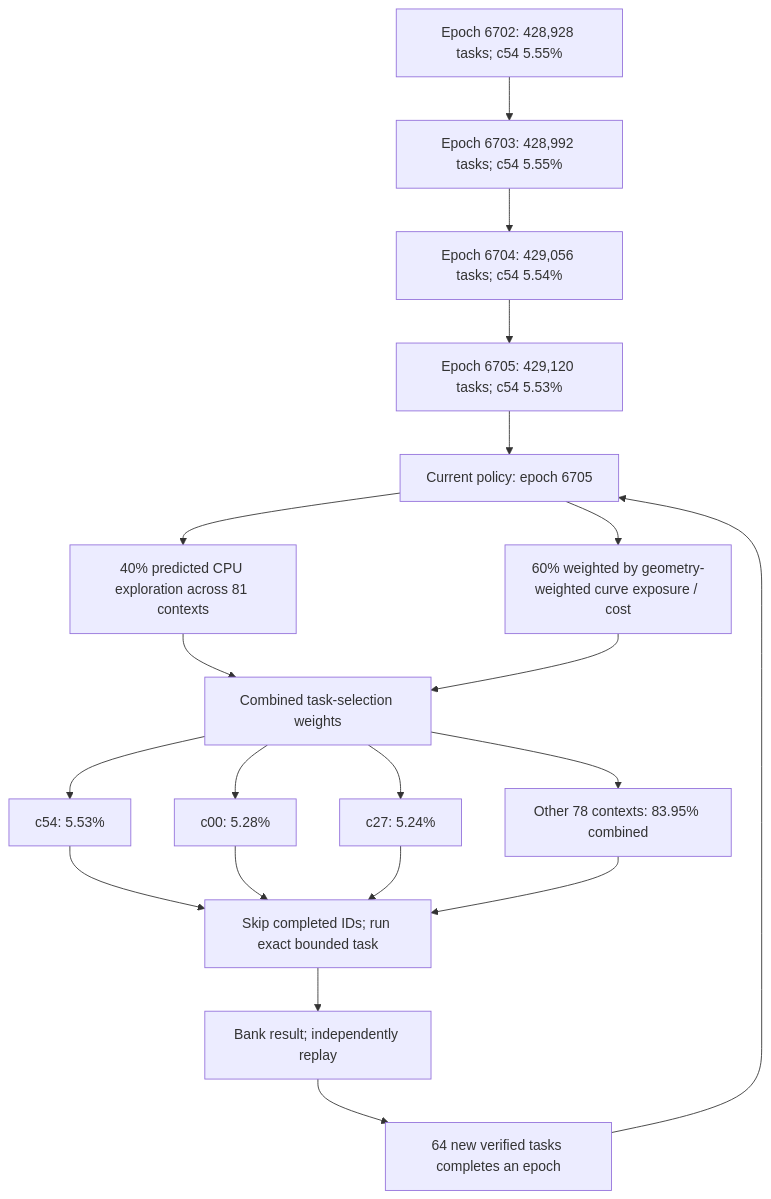
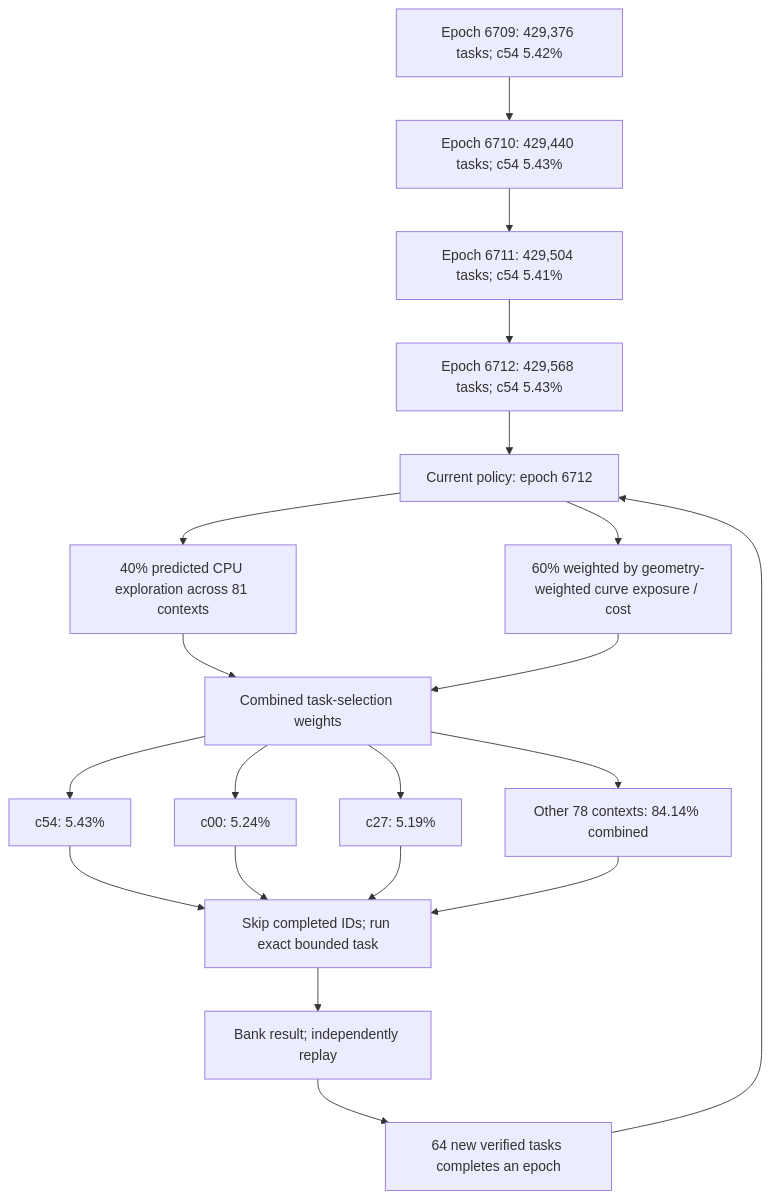
The first of 4 diagrams in README.md (Kuberwastaken/math-gambling), drawn with Mermaid before and after one commit. The commit also changed other lines of this file and 1501 other files, not shown here.

````diff
--- a/README.md
+++ b/README.md
@@ -60,27 +60,27 @@
 ```mermaid
 flowchart TD
-    H0["Epoch 6702: 428,928 tasks; c54 5.55%"]
-    H1["Epoch 6703: 428,992 tasks; c54 5.55%"]
+    H0["Epoch 6709: 429,376 tasks; c54 5.42%"]
+    H1["Epoch 6710: 429,440 tasks; c54 5.43%"]
     H0 --> H1
-    H2["Epoch 6704: 429,056 tasks; c54 5.54%"]
+    H2["Epoch 6711: 429,504 tasks; c54 5.41%"]
     H1 --> H2
-    H3["Epoch 6705: 429,120 tasks; c54 5.53%"]
+    H3["Epoch 6712: 429,568 tasks; c54 5.43%"]
     H2 --> H3
-    Policy["Current policy: epoch 6705"]
+    Policy["Current policy: epoch 6712"]
     H3 --> Policy
     Policy --> Explore["40% predicted CPU exploration across 81 contexts"]
     Policy --> Cost["60% weighted by geometry-weighted curve exposure / cost"]
     Explore --> Mix["Combined task-selection weights"]
     Cost --> Mix
-    Mix --> C0["c54: 5.53%"]
-    Mix --> C1["c00: 5.28%"]
-    Mix --> C2["c27: 5.24%"]
-    Mix --> Rest["Other 78 contexts: 83.95% combined"]
+    Mix --> C0["c54: 5.43%"]
+    Mix --> C1["c00: 5.24%"]
+    Mix --> C2["c27: 5.19%"]
+    Mix --> Rest["Other 78 contexts: 84.14% combined"]
     C0 --> Check["Skip completed IDs; run exact bounded task"]
     C1 --> Check
     C2 --> Check
     Rest --> Check
     Check --> Replay["Bank result; independently replay"]
     Replay --> Gate["64 new verified tasks completes an epoch"]
     Gate --> Policy
 ```
````
